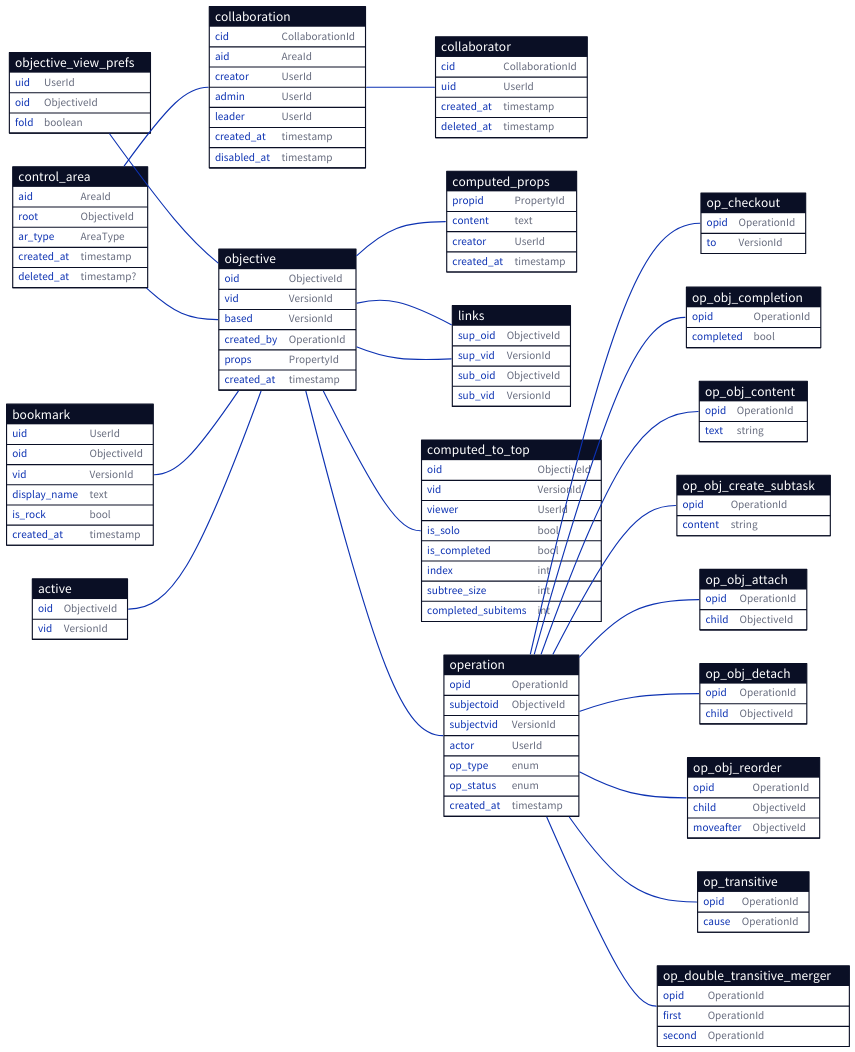
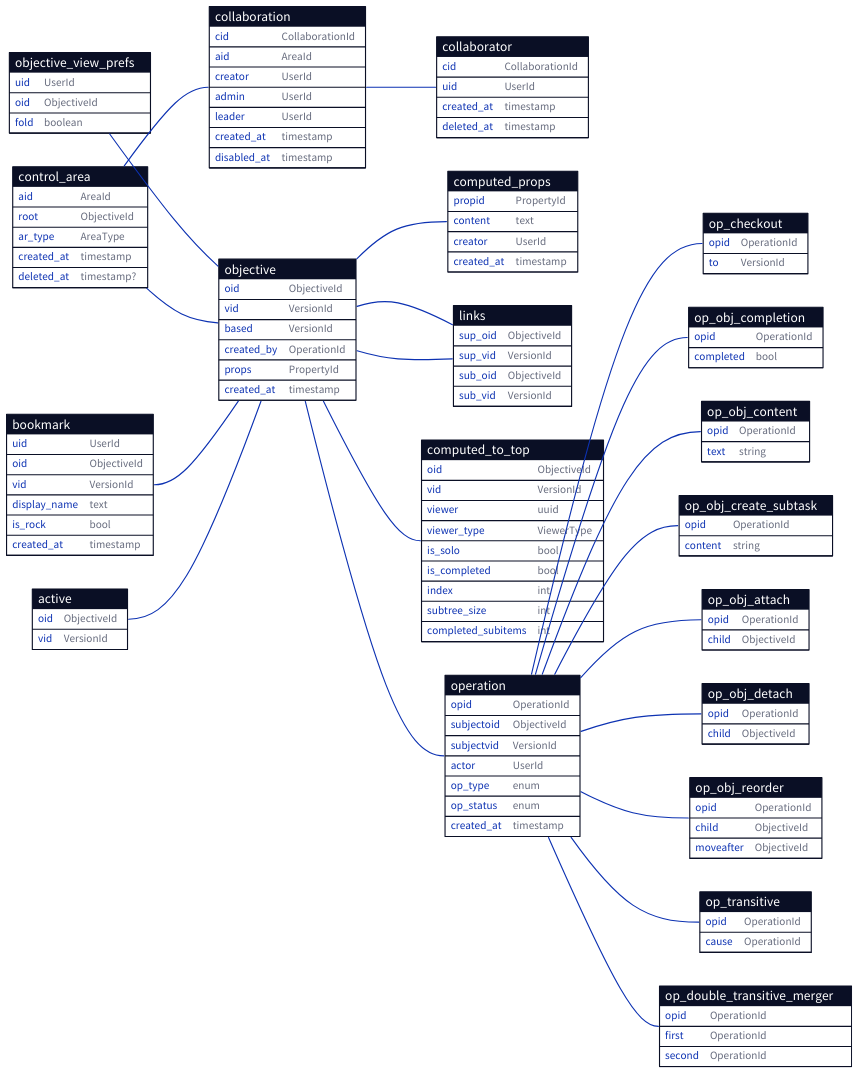
Before and after one commit to ufukty/logbook: the diagram in docs/database/simplified.d2, drawn with D2. The commit also changed 2 other files, not shown here.

Commit message:
docs/database/simplified: adds `viewer_type` column to `computed_to_top` table to enable counting subtree sizes for the objectives inside a collaboration area for all collaborators at once

```diff
--- a/docs/database/simplified.d2
+++ b/docs/database/simplified.d2
@@ -96,7 +96,8 @@
 
   oid: ObjectiveId
   vid: VersionId
-  viewer: UserId
+  viewer: uuid
+  viewer_type: ViewerType
 
   is_solo: bool
   is_completed: bool
```
